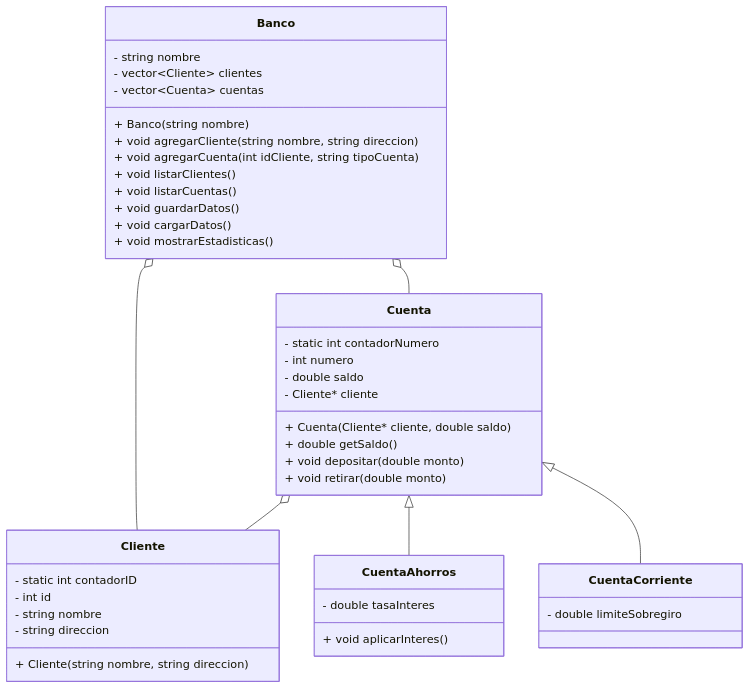
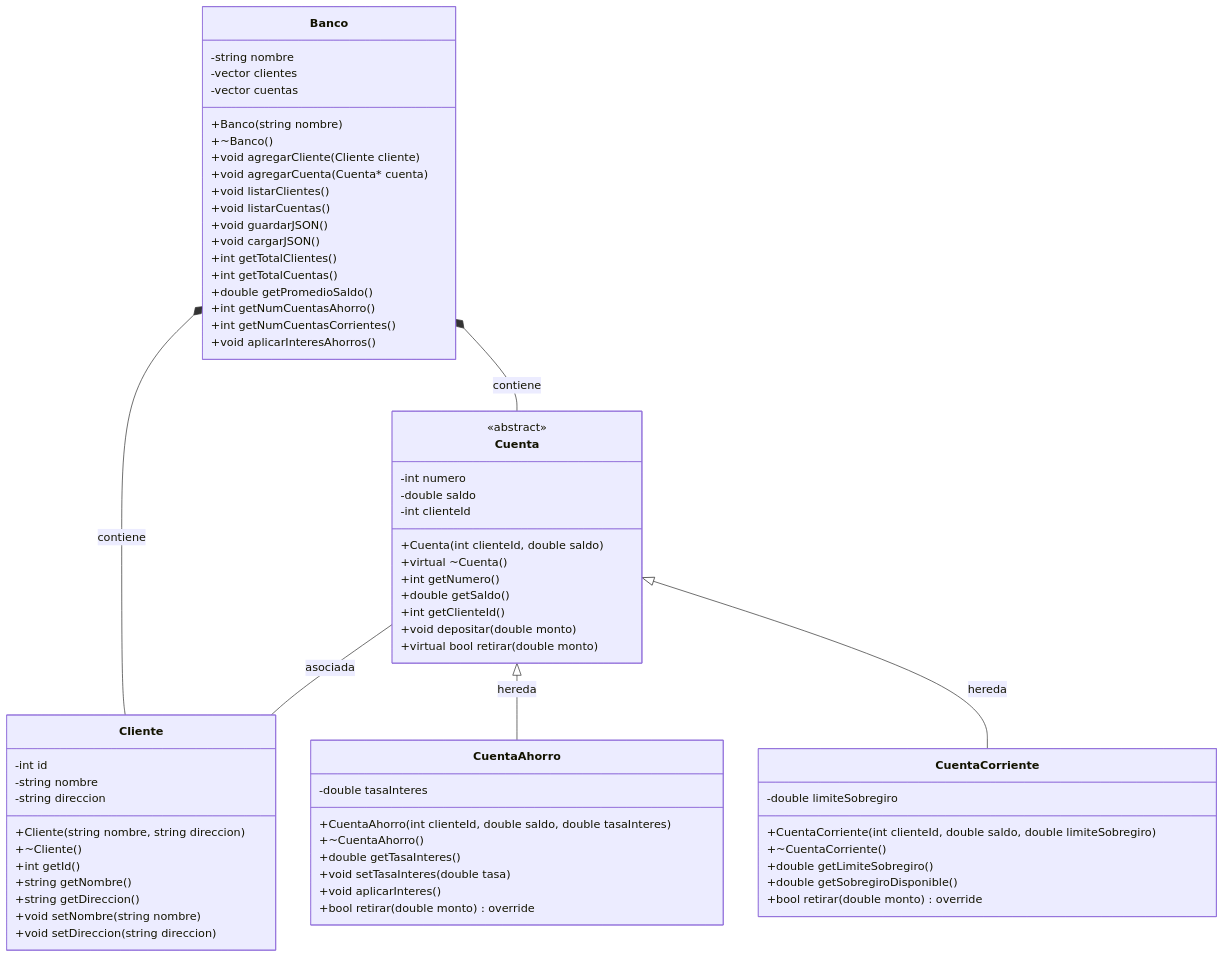
Before and after one commit to SantiTGS/ULM: the diagram in UML3.md, drawn with Mermaid.

````diff
--- a/UML3.md
+++ b/UML3.md
@@ -1,50 +1,74 @@
 ```mermaid
 classDiagram
     class Banco {
-        - string nombre
-        - vector~Cliente~ clientes
-        - vector~Cuenta~ cuentas
-        + Banco(string nombre)
-        + void agregarCliente(string nombre, string direccion)
-        + void agregarCuenta(int idCliente, string tipoCuenta)
-        + void listarClientes()
-        + void listarCuentas()
-        + void guardarDatos()
-        + void cargarDatos()
-        + void mostrarEstadisticas()
+        -string nombre
+        -vector<Cliente> clientes
+        -vector<Cuenta*> cuentas
+        +Banco(string nombre)
+        +~Banco()
+        +void agregarCliente(Cliente cliente)
+        +void agregarCuenta(Cuenta* cuenta)
+        +void listarClientes()
+        +void listarCuentas()
+        +void guardarJSON()
+        +void cargarJSON()
+        +int getTotalClientes()
+        +int getTotalCuentas()
+        +double getPromedioSaldo()
+        +int getNumCuentasAhorro()
+        +int getNumCuentasCorrientes()
+        +void aplicarInteresAhorros()
     }
-
+    
     class Cliente {
-        - static int contadorID
-        - int id
-        - string nombre
-        - string direccion
-        + Cliente(string nombre, string direccion)
+        -int id
+        -string nombre
+        -string direccion
+        +Cliente(string nombre, string direccion)
+        +~Cliente()
+        +int getId()
+        +string getNombre()
+        +string getDireccion()
+        +void setNombre(string nombre)
+        +void setDireccion(string direccion)
     }
-
+    
     class Cuenta {
-        - static int contadorNumero
-        - int numero
-        - double saldo
-        - Cliente* cliente
-        + Cuenta(Cliente* cliente, double saldo)
-        + double getSaldo()
-        + void depositar(double monto)
-        + void retirar(double monto)
+        <<abstract>>
+        -int numero
+        -double saldo
+        -int clienteId
+        +Cuenta(int clienteId, double saldo)
+        +virtual ~Cuenta()
+        +int getNumero()
+        +double getSaldo()
+        +int getClienteId()
+        +void depositar(double monto)
+        +virtual bool retirar(double monto)
     }
-
-    class CuentaAhorros {
-        - double tasaInteres
-        + void aplicarInteres()
+    
+    class CuentaAhorro {
+        -double tasaInteres
+        +CuentaAhorro(int clienteId, double saldo, double tasaInteres)
+        +~CuentaAhorro()
+        +double getTasaInteres()
+        +void setTasaInteres(double tasa)
+        +void aplicarInteres()
+        +bool retirar(double monto) override
     }
-
+    
     class CuentaCorriente {
-        - double limiteSobregiro
+        -double limiteSobregiro
+        +CuentaCorriente(int clienteId, double saldo, double limiteSobregiro)
+        +~CuentaCorriente()
+        +double getLimiteSobregiro()
+        +double getSobregiroDisponible()
+        +bool retirar(double monto) override
     }
-
-    Cuenta <|-- CuentaAhorros
-    Cuenta <|-- CuentaCorriente
-    Banco o-- Cliente
-    Banco o-- Cuenta
-    Cuenta o-- Cliente
+    
+    Banco *-- Cliente : contiene
+    Banco *-- Cuenta : contiene
+    Cuenta <|-- CuentaAhorro : hereda
+    Cuenta <|-- CuentaCorriente : hereda
+    Cuenta -- Cliente : asociada
 ```
````
